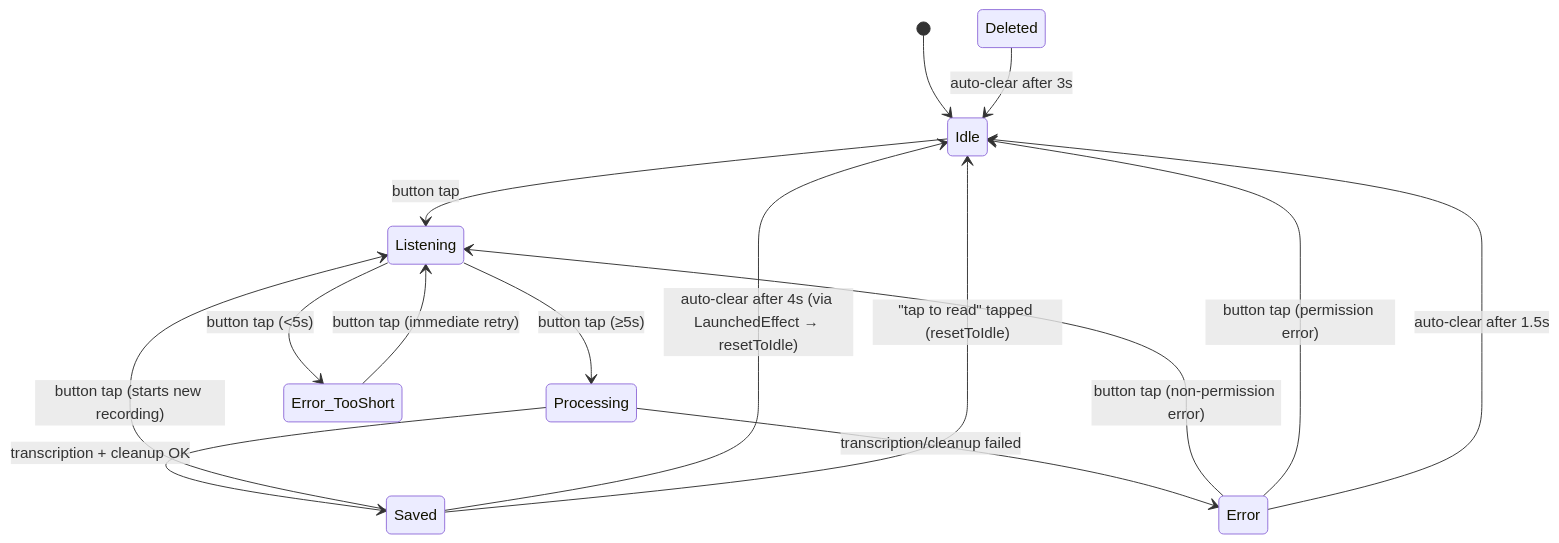
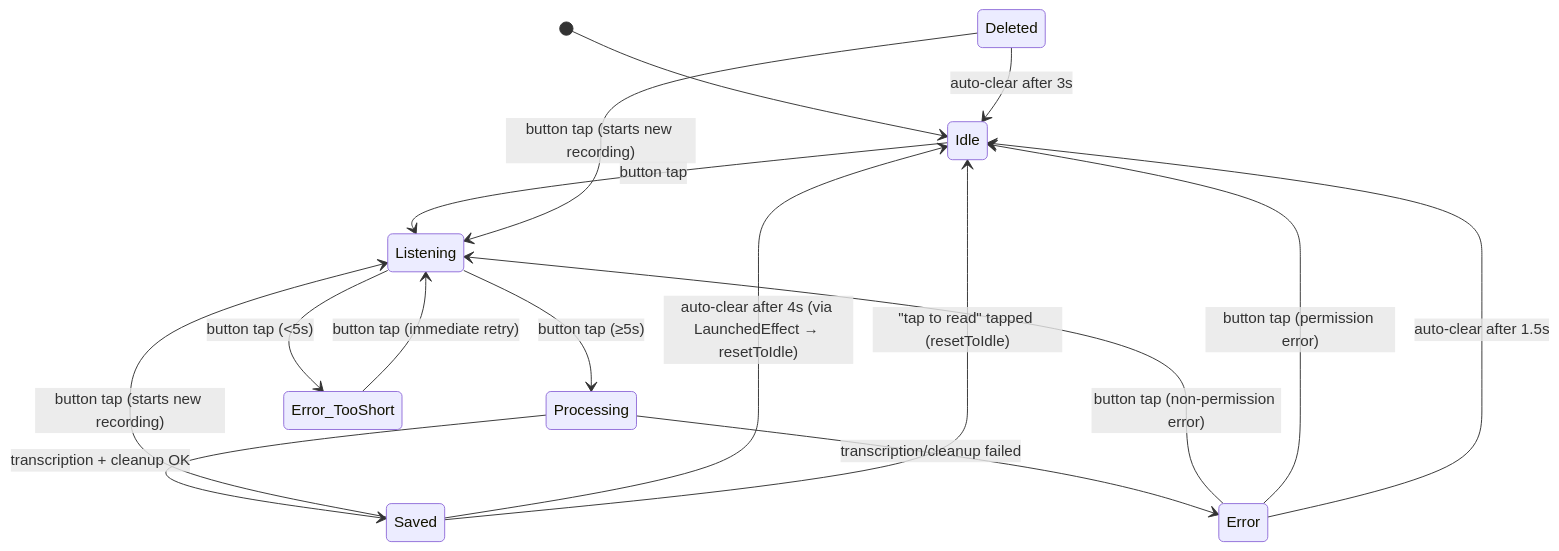
One commit to santik/wrait changed the fifth of 5 diagrams in codebase-analysis-docs/CODEBASE_KNOWLEDGE.md. Above: the diagram before and after it, drawn with Mermaid. The commit also changed other lines of this file and 4 other files, not shown here.

First line of the commit message:
Fix auto-clear behavior for recording states and improve button labels

````diff
--- a/codebase-analysis-docs/CODEBASE_KNOWLEDGE.md
+++ b/codebase-analysis-docs/CODEBASE_KNOWLEDGE.md
@@ -721,17 +721,18 @@
 ```mermaid
 stateDiagram-v2
     [*] --> Idle
     Idle --> Listening : button tap
     Listening --> Processing : button tap (≥5s)
     Listening --> Error_TooShort : button tap (<5s)
     Processing --> Saved : transcription + cleanup OK
     Processing --> Error : transcription/cleanup failed
     Saved --> Listening : button tap (starts new recording)
     Saved --> Idle : auto-clear after 4s (via LaunchedEffect → resetToIdle)
     Saved --> Idle : "tap to read" tapped (resetToIdle)
     Error_TooShort --> Listening : button tap (immediate retry)
     Error --> Listening : button tap (non-permission error)
     Error --> Idle : button tap (permission error)
     Error --> Idle : auto-clear after 1.5s
     Deleted --> Idle : auto-clear after 3s
+    Deleted --> Listening : button tap (starts new recording)
 ```
````
